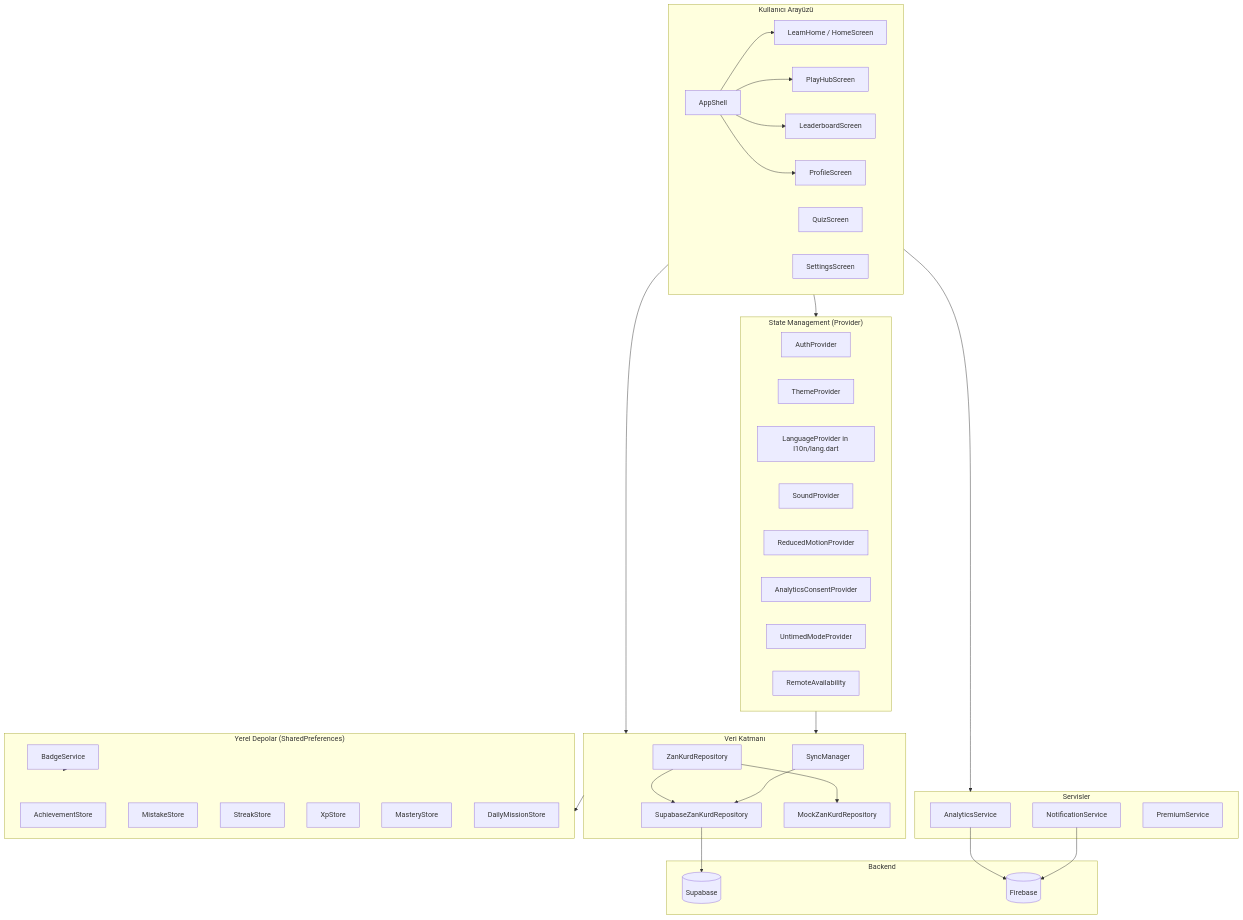
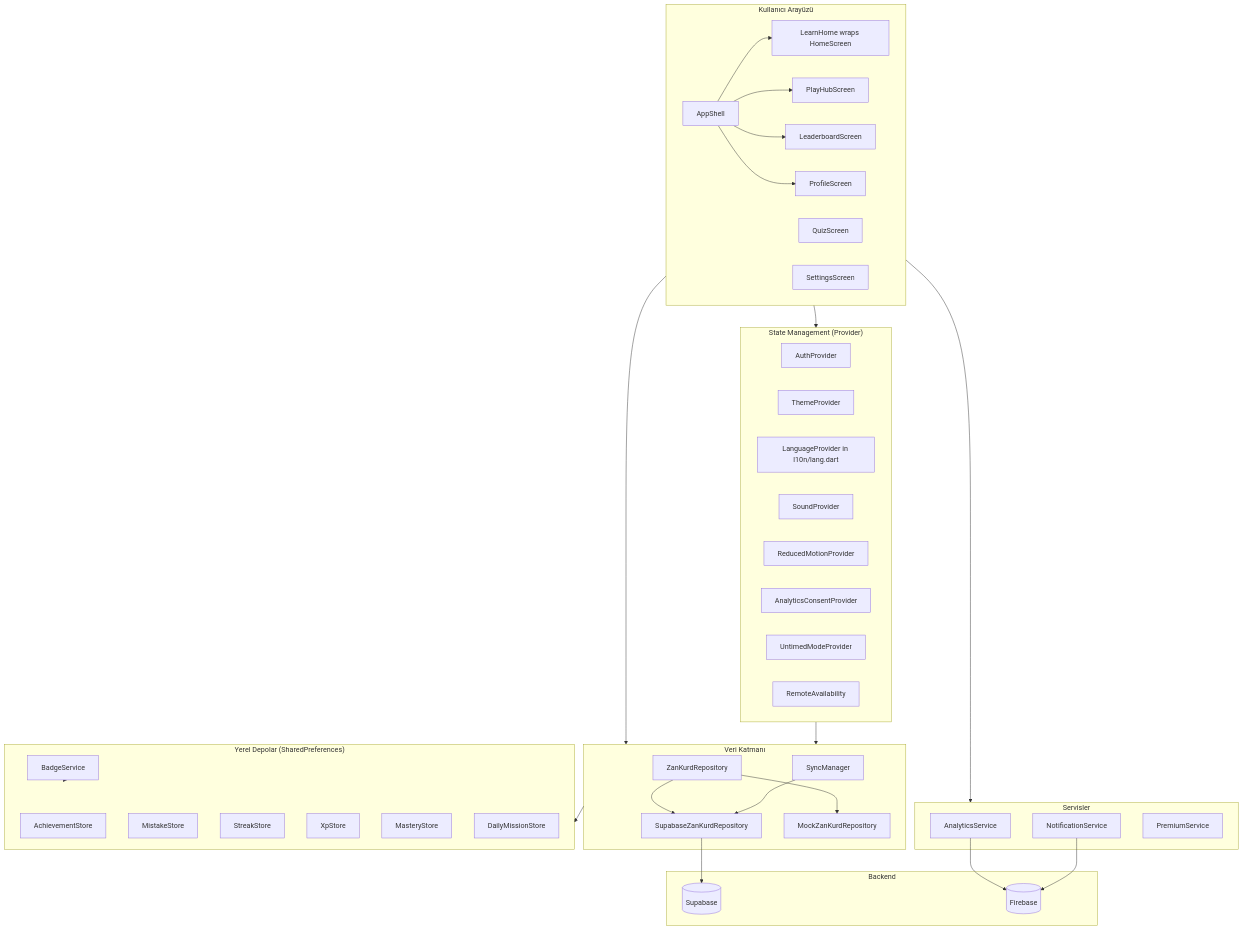
One commit to mordemnisebin/zankurd changed the diagram in zankurd_mobile/ARCHITECTURE.md. Above: the diagram before and after it, drawn with Mermaid. The commit also changed other lines of this file and 2 other files, not shown here.

First line of the commit message:
docs: LearnHomeScreen'i HomeScreen sarmalayıcısı diye yaz

````diff
--- a/zankurd_mobile/ARCHITECTURE.md
+++ b/zankurd_mobile/ARCHITECTURE.md
@@ -16,71 +16,71 @@
 ```mermaid
 graph TB
     subgraph UI["Kullanıcı Arayüzü"]
         AS[AppShell]
-        LH[LearnHome / HomeScreen]
+        LH[LearnHome wraps HomeScreen]
         PH[PlayHubScreen]
         QS[QuizScreen]
         PS[ProfileScreen]
         LS[LeaderboardScreen]
         SS[SettingsScreen]
     end
 
     subgraph Providers["State Management (Provider)"]
         AP[AuthProvider]
         TP[ThemeProvider]
         LP[LanguageProvider in l10n/lang.dart]
         SP[SoundProvider]
         RM[ReducedMotionProvider]
         AC[AnalyticsConsentProvider]
         UM[UntimedModeProvider]
         RA[RemoteAvailability]
     end
 
     subgraph Services["Servisler"]
         ANS[AnalyticsService]
         NS[NotificationService]
         PRE[PremiumService]
     end
 
     subgraph Data["Veri Katmanı"]
         REPO[ZanKurdRepository]
         SUPA[SupabaseZanKurdRepository]
         MOCK[MockZanKurdRepository]
         SM[SyncManager]
     end
 
     subgraph Stores["Yerel Depolar (SharedPreferences)"]
         AS2[AchievementStore]
         MS[MistakeStore]
         SS2[StreakStore]
         XS[XpStore]
         MAS[MasteryStore]
         DMS[DailyMissionStore]
         BD[BadgeService]
     end
 
     subgraph Backend["Backend"]
         SB[(Supabase)]
         FB[(Firebase)]
     end
 
     AS --> LH
     AS --> PH
     AS --> LS
     AS --> PS
     UI --> Providers
     UI --> Data
     UI --> Services
     Providers --> Data
 
     REPO --> SUPA
     REPO --> MOCK
     SUPA --> SB
     SM --> SUPA
 
     ANS --> FB
     BD --> Stores
     NS --> FB
 
     Data --> Stores
 ```
````
